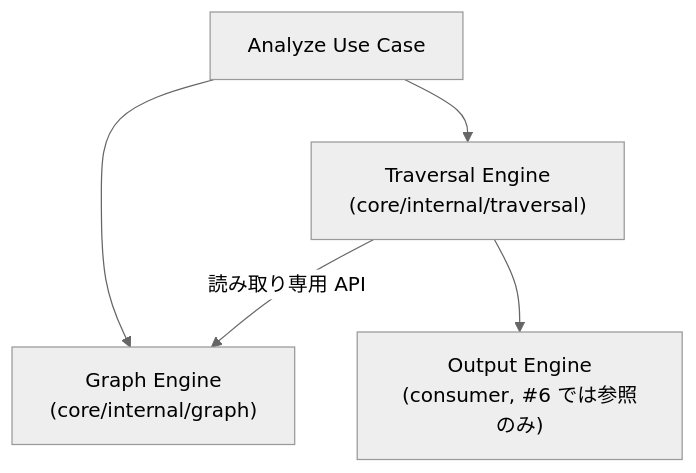
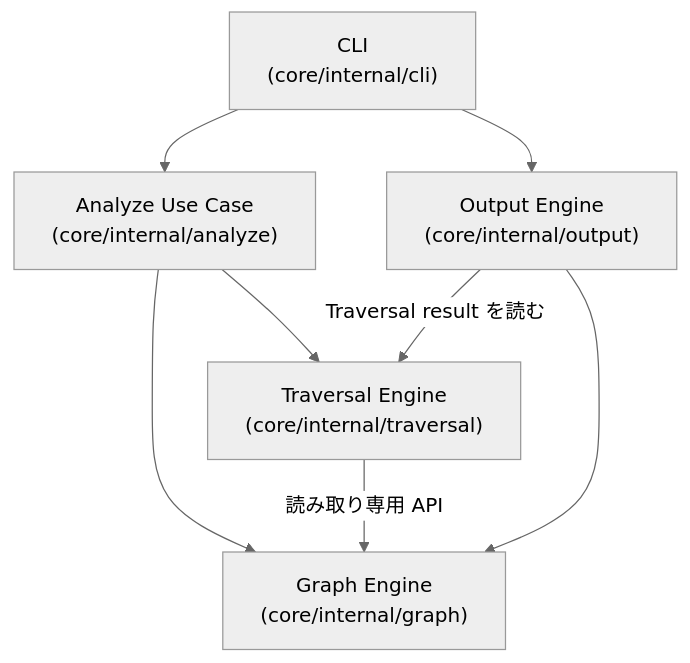
The first of 3 diagrams in design/features/traversal/DesignDoc_traversal.md (Fukuemon/depwalk), drawn with Mermaid (neutral theme) before and after one commit. The commit also changed other lines of this file and 25 other files, not shown here.

First line of the commit message:
docs: 参照の規範を適用し、経緯と冗長表現を落として図を足す

````diff
--- a/design/features/traversal/DesignDoc_traversal.md
+++ b/design/features/traversal/DesignDoc_traversal.md
@@ -93,7 +96,10 @@
 ```mermaid
 flowchart TD
-    UseCase["Analyze Use Case"] --> Graph["Graph Engine<br/>(core/internal/graph)"]
+    CLI["CLI<br/>(core/internal/cli)"] --> UseCase["Analyze Use Case<br/>(core/internal/analyze)"]
+    CLI --> Output["Output Engine<br/>(core/internal/output)"]
+    UseCase --> Graph["Graph Engine<br/>(core/internal/graph)"]
     UseCase --> Traversal["Traversal Engine<br/>(core/internal/traversal)"]
     Traversal -->|"読み取り専用 API"| Graph
-    Traversal --> Output["Output Engine<br/>(consumer, #6 では参照のみ)"]
+    Output -->|"Traversal result を読む"| Traversal
+    Output --> Graph
 ```
````
